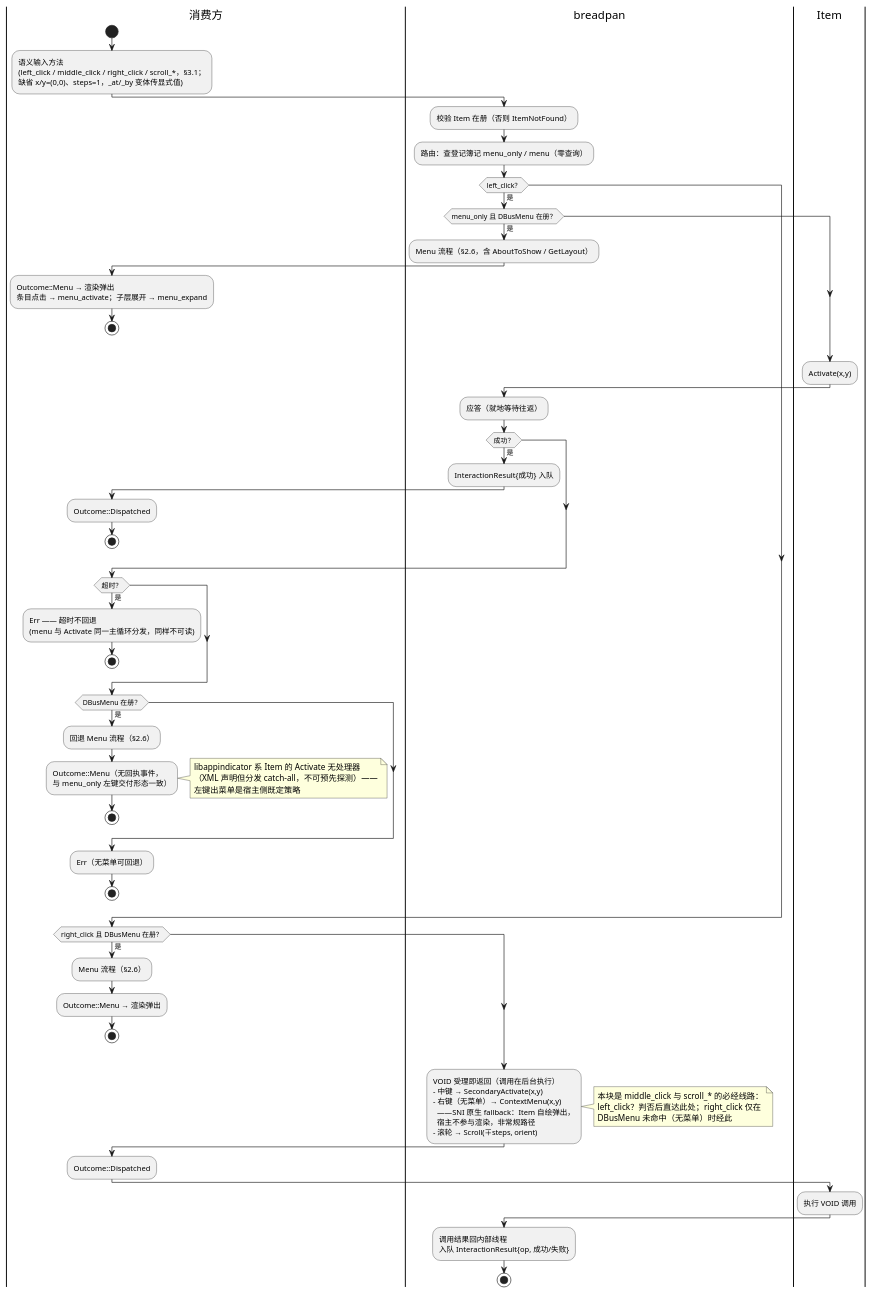
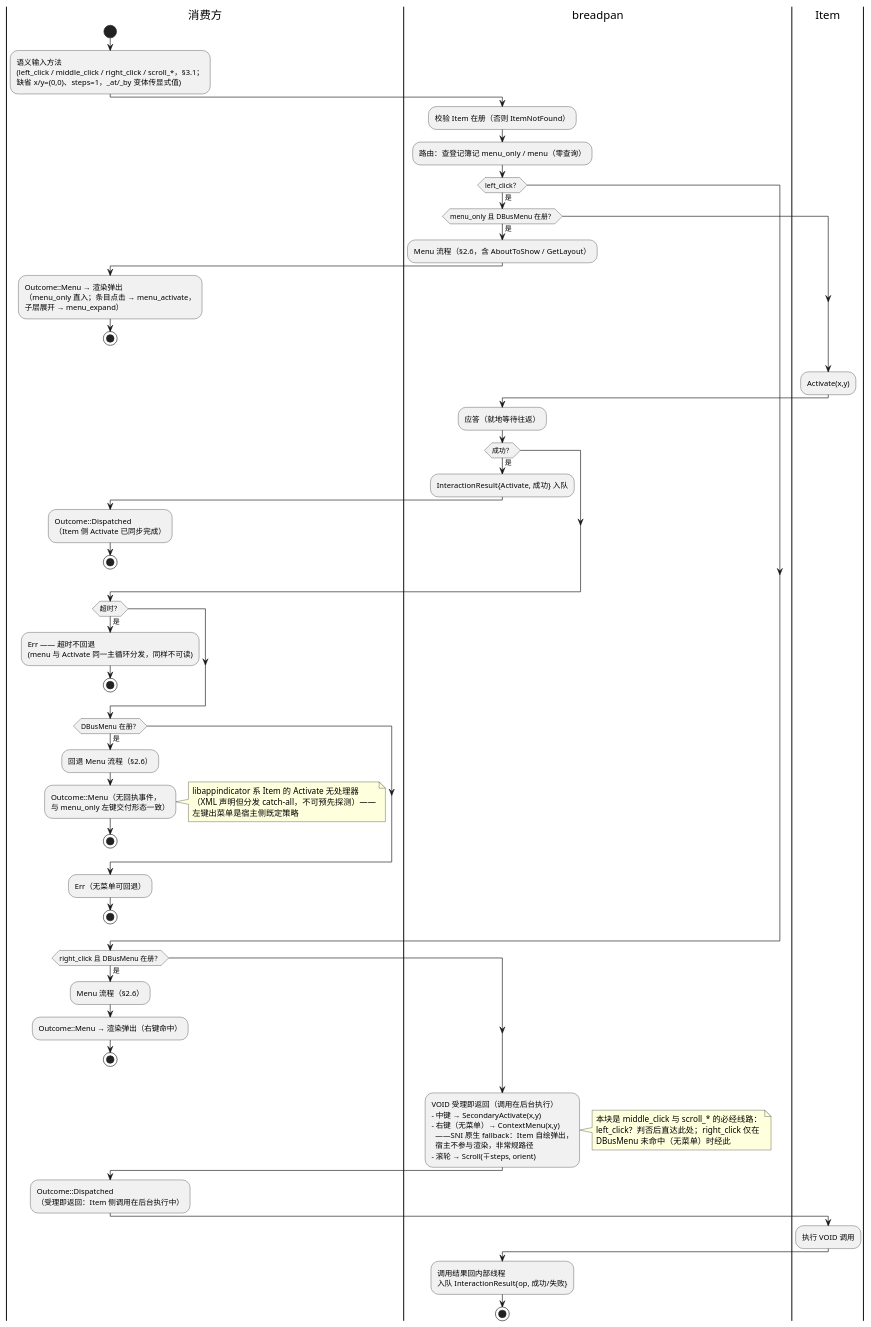
One commit to 54m43lJ/BreadKnife changed the diagram in diagram/breadpan-input-routing.puml. Above: the diagram before and after it, drawn with PlantUML. The commit also changed 1 other file, not shown here.

Commit message:
docs(diagram): §2.7 三处 Outcome::Menu 补路径来源括注
menu_only 直入 / Activate 失败回退（已有无回执注记）/ 右键命中
各自标明到达路径，与 Dispatched 的消歧方式一致

```diff
--- a/diagram/breadpan-input-routing.puml
+++ b/diagram/breadpan-input-routing.puml
@@ -1,76 +1,79 @@
 @startuml breadpan-input-routing
 |消费方|
 start
 :语义输入方法
 (left_click / middle_click / right_click / scroll_*，§3.1；
 缺省 x/y=(0,0)、steps=1，_at/_by 变体传显式值);
 |breadpan|
 :校验 Item 在册（否则 ItemNotFound）;
 :路由：查登记簿记 menu_only / menu（零查询）;
 if (left_click？) then (是)
   if (menu_only 且 DBusMenu 在册？) then (是)
     :Menu 流程（§2.6，含 AboutToShow / GetLayout）;
     |消费方|
     :Outcome::Menu → 渲染弹出
-    条目点击 → menu_activate；子层展开 → menu_expand;
+    （menu_only 直入；条目点击 → menu_activate，
+    子层展开 → menu_expand）;
     stop
   endif
   |Item|
   :Activate(x,y);
   |breadpan|
   :应答（就地等待往返）;
   if (成功？) then (是)
-    :InteractionResult{成功} 入队;
+    :InteractionResult{Activate, 成功} 入队;
     |消费方|
-    :Outcome::Dispatched;
+    :Outcome::Dispatched
+    （Item 侧 Activate 已同步完成）;
     stop
   endif
   if (超时？) then (是)
     |消费方|
     :Err —— 超时不回退
     (menu 与 Activate 同一主循环分发，同样不可读);
     stop
   endif
   if (DBusMenu 在册？) then (是)
     :回退 Menu 流程（§2.6）;
     |消费方|
     :Outcome::Menu（无回执事件，
     与 menu_only 左键交付形态一致）;
     note right
       libappindicator 系 Item 的 Activate 无处理器
       （XML 声明但分发 catch-all，不可预先探测）——
       左键出菜单是宿主侧既定策略
     end note
     stop
   endif
   |消费方|
   :Err（无菜单可回退）;
   stop
 endif
 if (right_click 且 DBusMenu 在册？) then (是)
   :Menu 流程（§2.6）;
   |消费方|
-  :Outcome::Menu → 渲染弹出;
+  :Outcome::Menu → 渲染弹出（右键命中）;
   stop
 endif
 |breadpan|
 :VOID 受理即返回（调用在后台执行）
 - 中键 → SecondaryActivate(x,y)
 - 右键（无菜单）→ ContextMenu(x,y)
   ——SNI 原生 fallback：Item 自绘弹出，
   宿主不参与渲染，非常规路径
 - 滚轮 → Scroll(∓steps, orient);
 note right
   本块是 middle_click 与 scroll_* 的必经线路：
   left_click？判否后直达此处；right_click 仅在
   DBusMenu 未命中（无菜单）时经此
 end note
 |消费方|
-:Outcome::Dispatched;
+:Outcome::Dispatched
+（受理即返回：Item 侧调用在后台执行中）;
 |Item|
 :执行 VOID 调用;
 |breadpan|
 :调用结果回内部线程
 入队 InteractionResult{op, 成功/失败};
 stop
 @enduml
```
